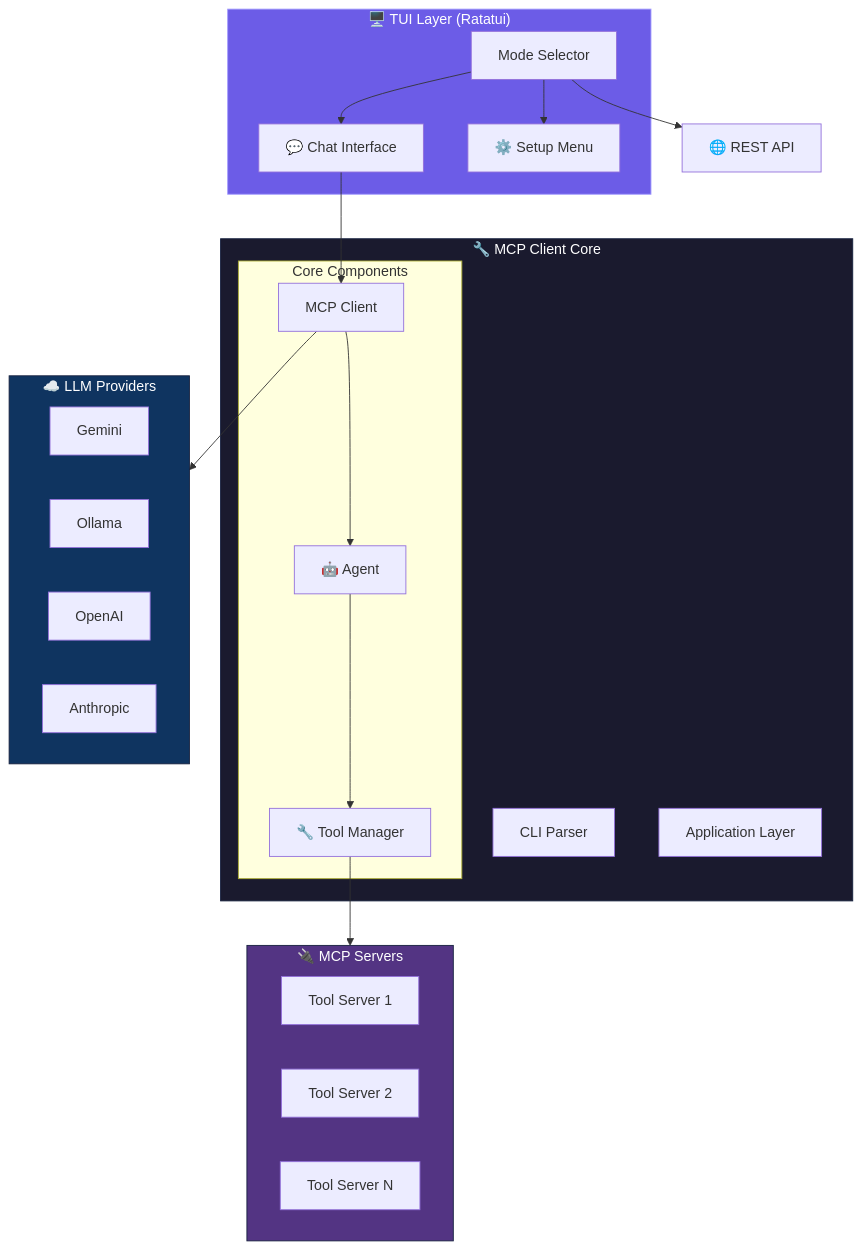
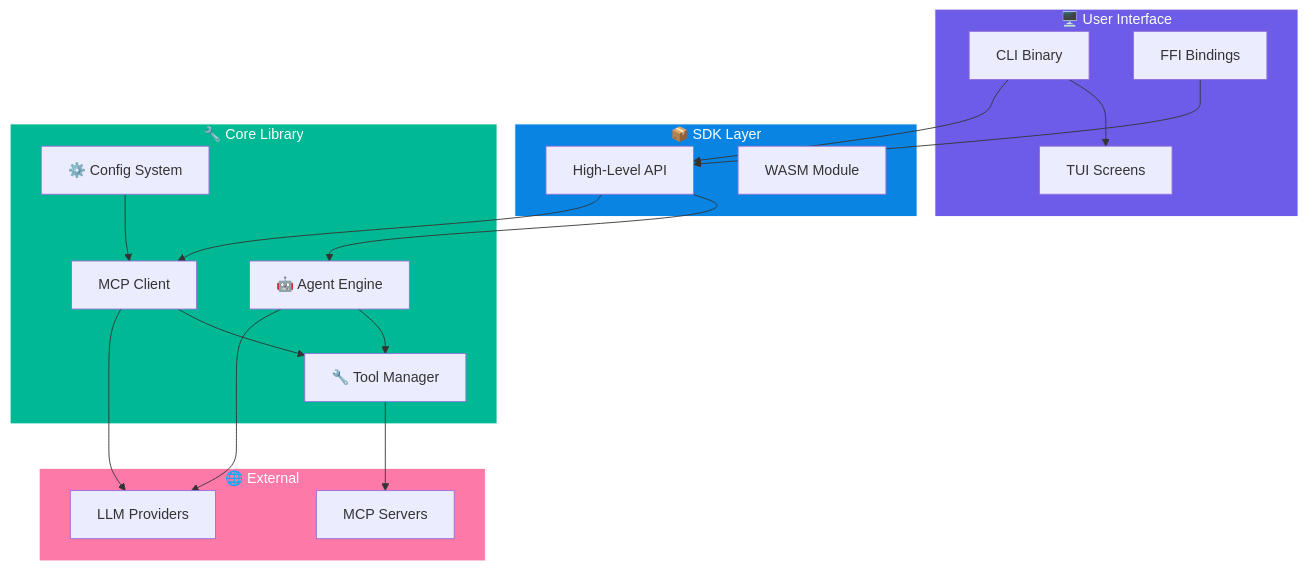
One commit to tsfarizi/antikhitera-mcp-client changed the first of 2 diagrams in README.md. Above: the diagram before and after it, drawn with Mermaid. The commit also changed other lines of this file and 179 other files, not shown here.

````diff
--- a/README.md
+++ b/README.md
@@ -39,46 +158,45 @@
 ```mermaid
 graph TB
-    subgraph TUI["🖥️ TUI Layer (Ratatui)"]
-        MENU["Mode Selector"]
-        CHAT["💬 Chat Interface"]
-        SETUP["⚙️ Setup Menu"]
+    subgraph UI["🖥️ User Interface"]
+        CLI[CLI Binary]
+        TUI[TUI Screens]
+        FFI[FFI Bindings]
     end
+
+    subgraph SDK["📦 SDK Layer"]
+        HIGH[High-Level API]
+        WASM[WASM Module]
+    end
+
+    subgraph Core["🔧 Core Library"]
+        AGENT[🤖 Agent Engine]
+        CLIENT[MCP Client]
+        TOOLS[🔧 Tool Manager]
+        CONFIG[⚙️ Config System]
+    end
+
+    subgraph External["🌐 External"]
+        LLM[LLM Providers]
+        MCP[MCP Servers]
+    end
+
+    CLI --> TUI
+    CLI --> HIGH
+    FFI --> HIGH
     
-    subgraph Client["🔧 MCP Client Core"]
-        CLI["CLI Parser"]
-        APP["Application Layer"]
-        
-        subgraph Core["Core Components"]
-            AGENT["🤖 Agent"]
-            MCPC["MCP Client"]
-            TOOL["🔧 Tool Manager"]
-        end
-    end
+    HIGH --> AGENT
+    HIGH --> CLIENT
     
-    subgraph Providers["☁️ LLM Providers"]
-        GEMINI["Gemini"]
-        OLLAMA["Ollama"]
-        OPENAI["OpenAI"]
-        ANTHROPIC["Anthropic"]
-    end
+    AGENT --> TOOLS
+    CLIENT --> TOOLS
+    CONFIG --> CLIENT
     
-    subgraph Servers["🔌 MCP Servers"]
-        SRV1["Tool Server 1"]
-        SRV2["Tool Server 2"]
-        SRVN["Tool Server N"]
-    end
-    
-    MENU --> CHAT
-    MENU --> SETUP
-    MENU --> REST["🌐 REST API"]
-    CHAT --> MCPC
-    MCPC --> AGENT
-    AGENT --> TOOL
-    MCPC --> Providers
-    TOOL --> Servers
-    
-    style TUI fill:#6c5ce7,stroke:#a29bfe,color:#fff
-    style Client fill:#1a1a2e,stroke:#16213e,color:#fff
-    style Providers fill:#0f3460,stroke:#16213e,color:#fff
-    style Servers fill:#533483,stroke:#16213e,color:#fff
+    TOOLS --> MCP
+    CLIENT --> LLM
+    AGENT --> LLM
+
+    style UI fill:#6c5ce7,stroke:#fff,color:#fff
+    style SDK fill:#0984e3,stroke:#fff,color:#fff
+    style Core fill:#00b894,stroke:#fff,color:#fff
+    style External fill:#fd79a8,stroke:#fff,color:#fff
 ```
````
